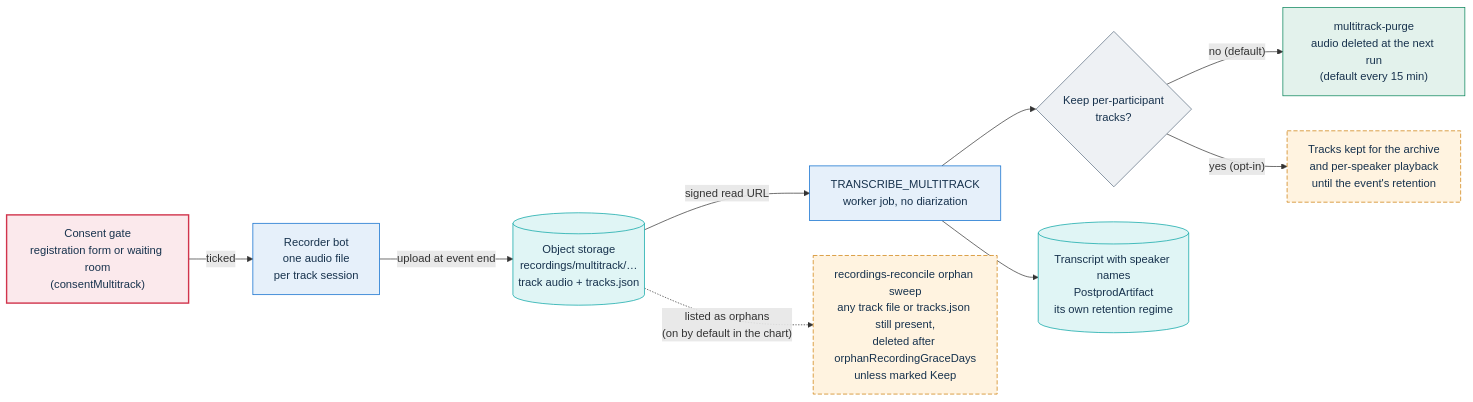
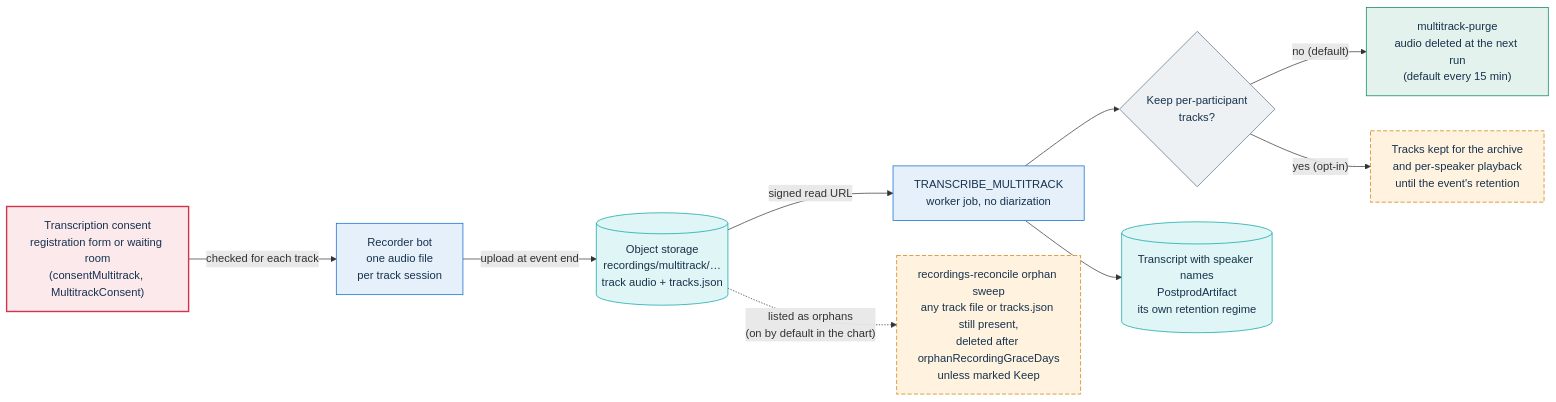
One commit to italia/pa-webinar changed the first of 3 diagrams in docs/privacy/recordings-and-ai.md. Above: the diagram before and after it, drawn with Mermaid. The commit also changed other lines of this file and 31 other files, not shown here.

````diff
--- a/docs/privacy/recordings-and-ai.md
+++ b/docs/privacy/recordings-and-ai.md
@@ -180,35 +219,35 @@
 ```mermaid
 flowchart LR
-    gate["Consent gate<br/>registration form or waiting room<br/>(consentMultitrack)"]
+    gate["Transcription consent<br/>registration form or waiting room<br/>(consentMultitrack, MultitrackConsent)"]
     bot["Recorder bot<br/>one audio file<br/>per track session"]
     store[("Object storage<br/>recordings/multitrack/…<br/>track audio + tracks.json")]
     tx["TRANSCRIBE_MULTITRACK<br/>worker job, no diarization"]
     keep{"Keep per-participant<br/>tracks?"}
     purge["multitrack-purge<br/>audio deleted at the next run<br/>(default every 15 min)"]
     retain["Tracks kept for the archive<br/>and per-speaker playback<br/>until the event's retention"]
     orphan["recordings-reconcile orphan sweep<br/>any track file or tracks.json still present,<br/>deleted after orphanRecordingGraceDays<br/>unless marked Keep"]
     out[("Transcript with speaker names<br/>PostprodArtifact<br/>its own retention regime")]
 
-    gate -->|"ticked"| bot
+    gate -->|"checked for each track"| bot
     bot -->|"upload at event end"| store
     store -->|"signed read URL"| tx
     tx --> out
     tx --> keep
     keep -->|"no (default)"| purge
     keep -->|"yes (opt-in)"| retain
     store -.->|"listed as orphans<br/>(on by default in the chart)"| orphan
 
     classDef risk fill:#FBE9EC,stroke:#D1344C,stroke-width:2px,color:#17324D
     classDef proc fill:#E6F0FA,stroke:#0066CC,color:#17324D
     classDef data fill:#E0F5F5,stroke:#00A3A3,color:#17324D
     classDef done fill:#E3F2EC,stroke:#008055,color:#17324D
     classDef optional fill:#FFF3E0,stroke:#CC7A00,stroke-dasharray:6 3,color:#17324D
     classDef decision fill:#EEF1F4,stroke:#5C6F82,color:#17324D
 
     class gate risk
     class bot,tx proc
     class store,out data
     class purge done
     class retain,orphan optional
     class keep decision
 ```
````
